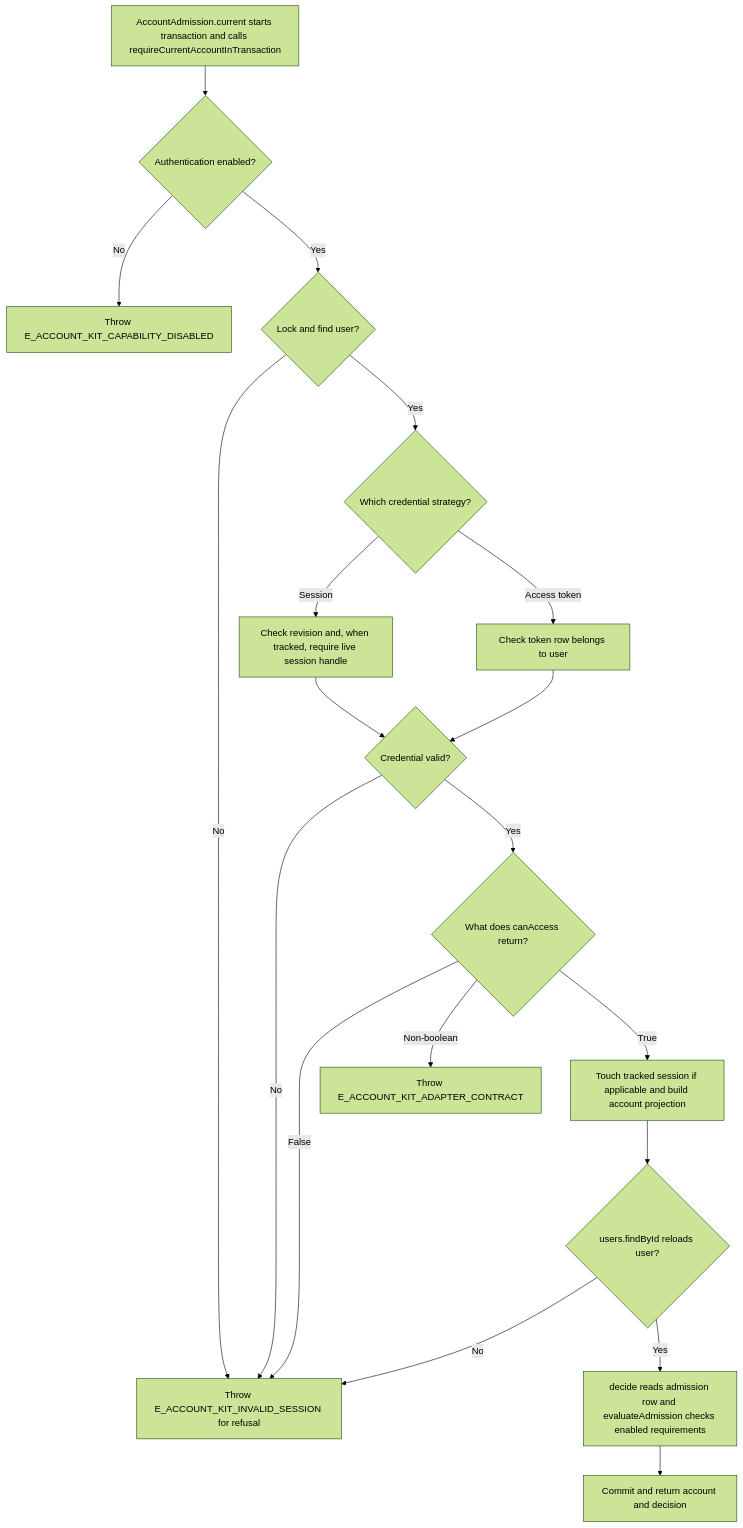
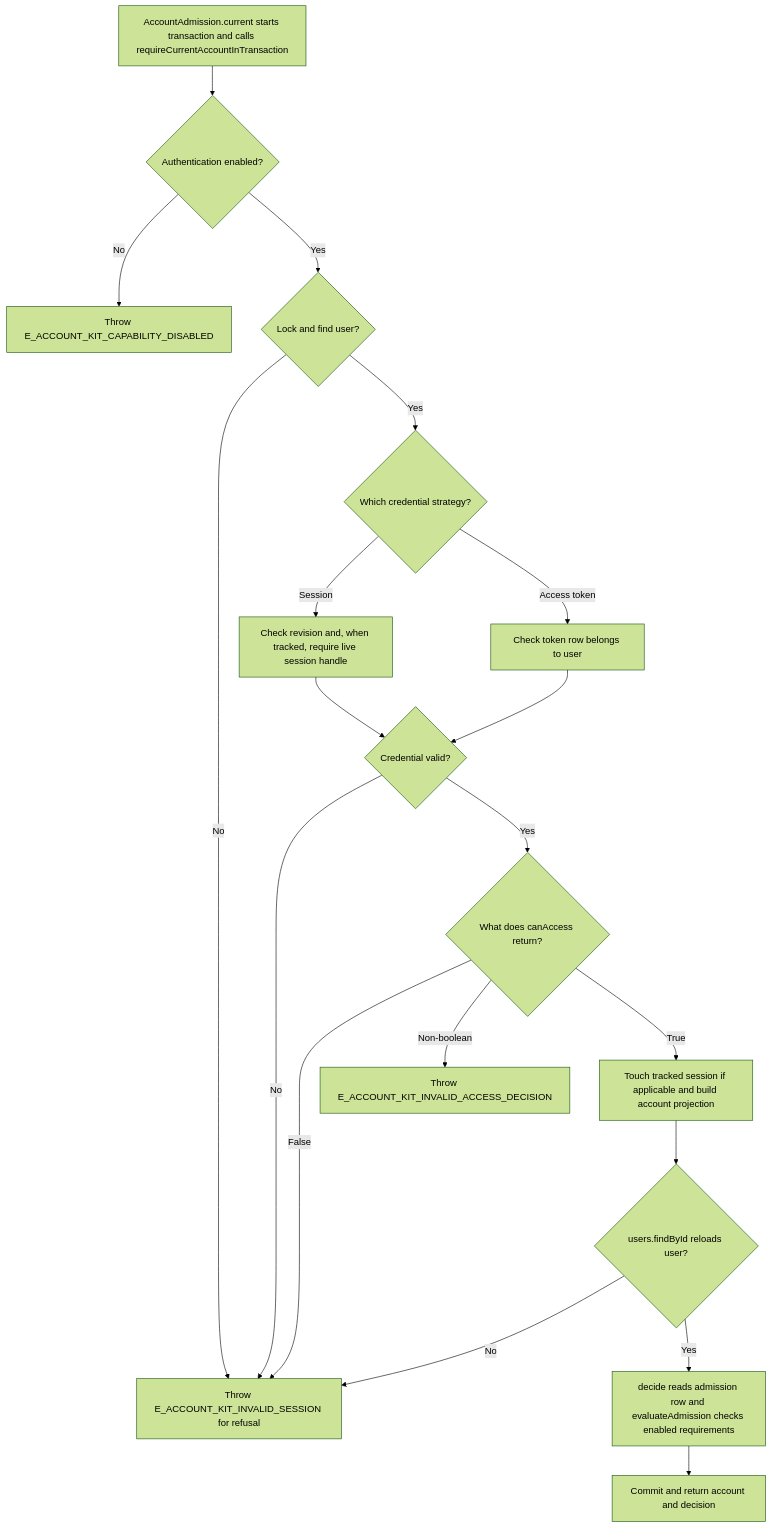
The second of 2 diagrams in user-stories/US-ACCOUNT-56-read-current-admission-status.md (Kevinjohn/oss-adonisjs-account-kit), drawn with Mermaid (forest theme) before and after one commit. The commit also changed other lines of this file and 16 other files, not shown here.

````diff
--- a/user-stories/US-ACCOUNT-56-read-current-admission-status.md
+++ b/user-stories/US-ACCOUNT-56-read-current-admission-status.md
@@ -32,21 +32,21 @@
 ```mermaid
 flowchart TD
  A["AccountAdmission.current starts transaction and calls requireCurrentAccountInTransaction"] --> B{"Authentication enabled?"}
  B -->|No| L["Throw E_ACCOUNT_KIT_CAPABILITY_DISABLED"]
  B -->|Yes| M{"Lock and find user?"}
  M -->|No| G
  M -->|Yes| C{"Which credential strategy?"}
  C -->|Session| D["Check revision and, when tracked, require live session handle"]
  C -->|Access token| E["Check token row belongs to user"]
  D --> F{"Credential valid?"}
  E --> F
  F -->|No| G["Throw E_ACCOUNT_KIT_INVALID_SESSION for refusal"]
  F -->|Yes| N{"What does canAccess return?"}
  N -->|False| G
- N -->|Non-boolean| O["Throw E_ACCOUNT_KIT_ADAPTER_CONTRACT"]
+ N -->|Non-boolean| O["Throw E_ACCOUNT_KIT_INVALID_ACCESS_DECISION"]
  N -->|True| H["Touch tracked session if applicable and build account projection"]
  H --> I{"users.findById reloads user?"}
  I -->|No| G
  I -->|Yes| J["decide reads admission row and evaluateAdmission checks enabled requirements"]
  J --> K["Commit and return account and decision"]
 ```
````
